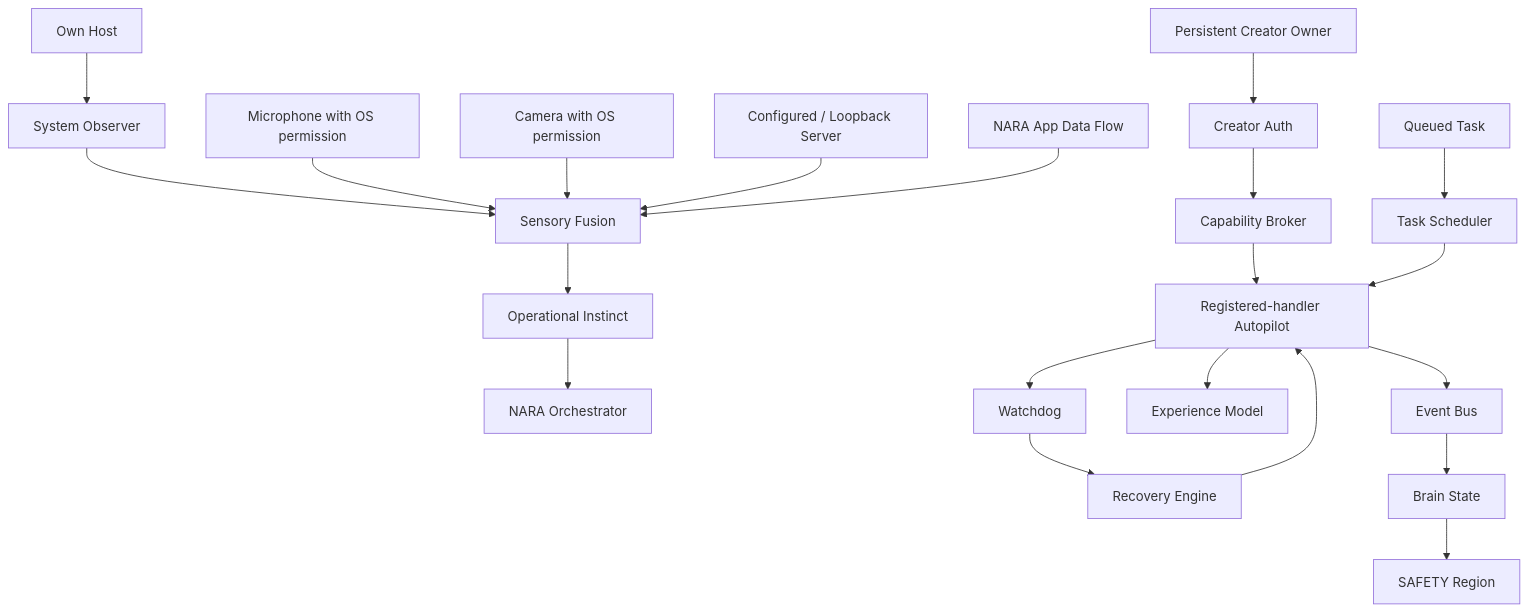
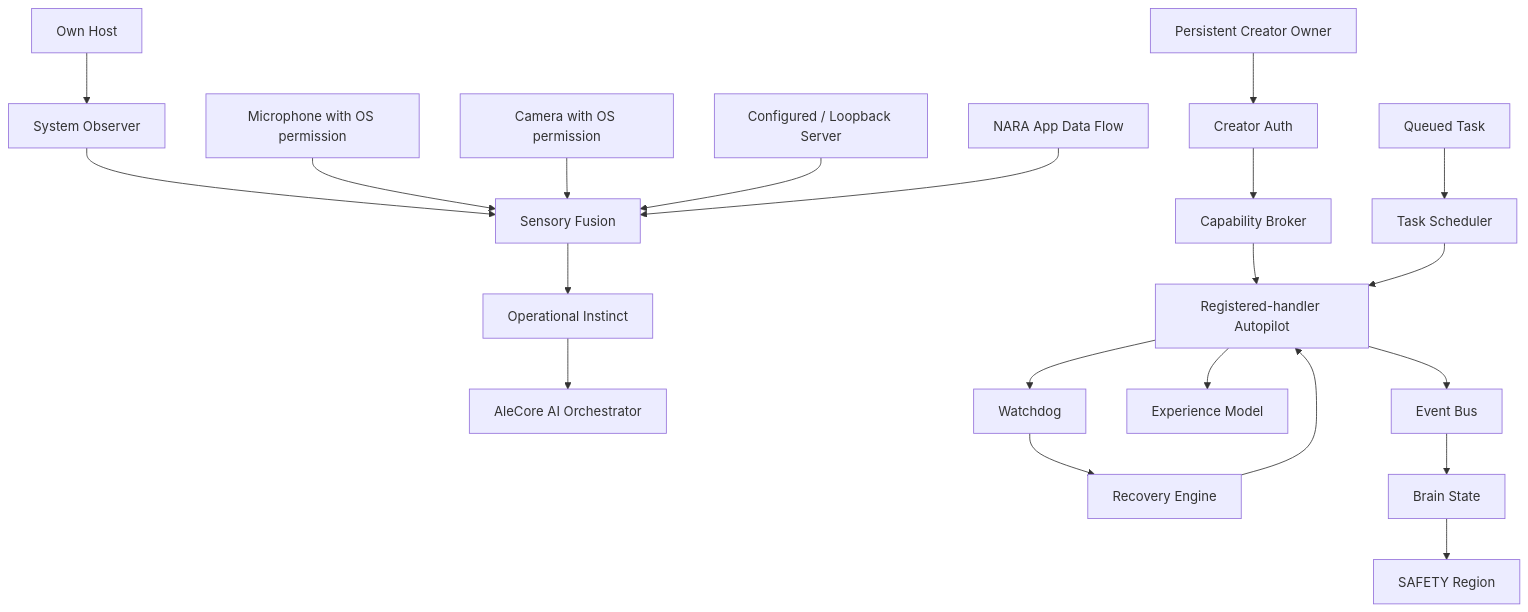
Before and after one commit to Kmpsnr26/entitashuman: the fourth of 4 diagrams in nara-core/studio/NARA_SYSTEM_ARCHITECTURE.md, drawn with Mermaid. The commit also changed other lines of this file and 5 other files, not shown here.

Commit message:
docs(alecore): align architecture and readiness documentation

````diff
--- a/nara-core/studio/NARA_SYSTEM_ARCHITECTURE.md
+++ b/nara-core/studio/NARA_SYSTEM_ARCHITECTURE.md
@@ -289,27 +289,27 @@
 ```mermaid
 flowchart TD
     OWNER[Persistent Creator Owner] --> AUTH[Creator Auth]
     AUTH --> CAP[Capability Broker]
     CAP --> AUTOPILOT[Registered-handler Autopilot]
 
     HOST[Own Host] --> OBS[System Observer]
     OBS --> SENSORY[Sensory Fusion]
     AUDIO[Microphone with OS permission] --> SENSORY
     CAMERA[Camera with OS permission] --> SENSORY
     SERVER[Configured / Loopback Server] --> SENSORY
     FLOW[NARA App Data Flow] --> SENSORY
 
     SENSORY --> INSTINCT[Operational Instinct]
-    INSTINCT --> CORE[NARA Orchestrator]
+    INSTINCT --> CORE[AleCore AI Orchestrator]
 
     GOAL[Queued Task] --> SCHED[Task Scheduler]
     SCHED --> AUTOPILOT
     AUTOPILOT --> WATCH[Watchdog]
     AUTOPILOT --> EXPERIENCE[Experience Model]
     WATCH --> RECOVERY[Recovery Engine]
     RECOVERY --> AUTOPILOT
 
     AUTOPILOT --> BUS[Event Bus]
     BUS --> BRAIN[Brain State]
     BRAIN --> SAFETY[SAFETY Region]
 ```
````
